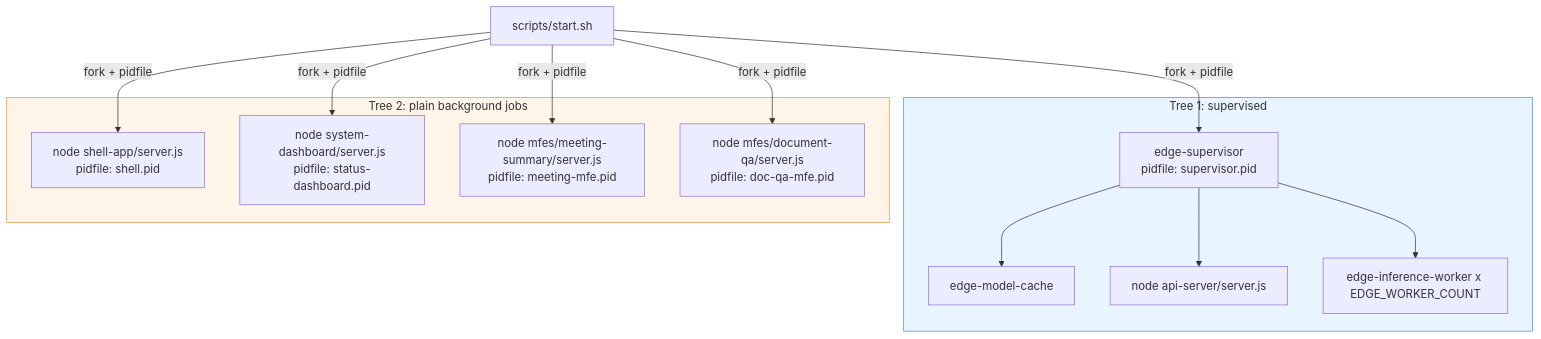
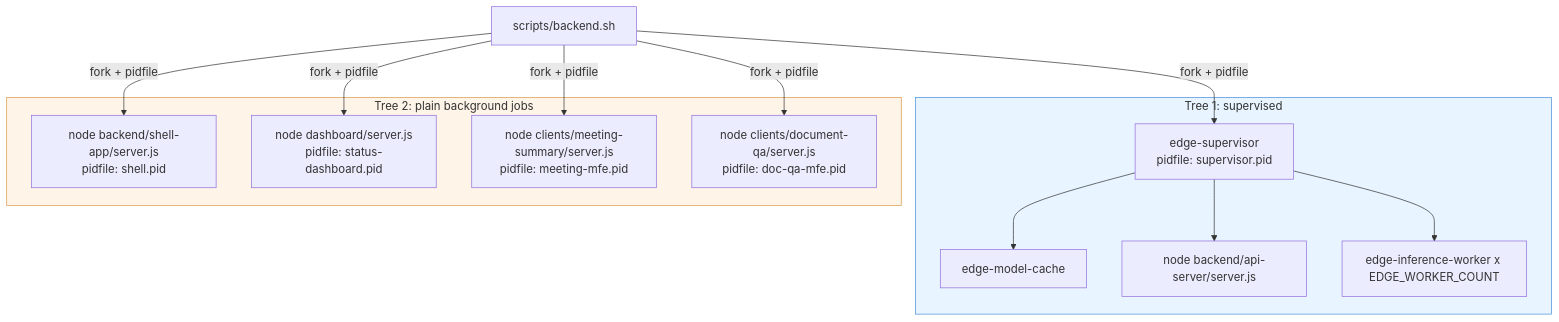
The second of 27 diagrams in docs/serveInfer_DOCUMENTATION.md (prawesh-12/serveInfer), drawn with Mermaid before and after one commit. The commit also changed other lines of this file and 1427 other files, not shown here.

First line of the commit message:
refactor: split backend, clients and dashboard into separate tiers

````diff
--- a/docs/serveInfer_DOCUMENTATION.md
+++ b/docs/serveInfer_DOCUMENTATION.md
@@ -120,30 +120,30 @@
 ```mermaid
 flowchart TB
-    START["scripts/start.sh"]
+    START["scripts/backend.sh"]
 
     subgraph tree1["Tree 1: supervised"]
         SUP["edge-supervisor<br/>pidfile: supervisor.pid"]
         MC["edge-model-cache"]
-        API["node api-server/server.js"]
+        API["node backend/api-server/server.js"]
         W["edge-inference-worker x EDGE_WORKER_COUNT"]
         SUP --> MC
         SUP --> API
         SUP --> W
     end
 
     subgraph tree2["Tree 2: plain background jobs"]
-        SH["node shell-app/server.js<br/>pidfile: shell.pid"]
-        DB["node system-dashboard/server.js<br/>pidfile: status-dashboard.pid"]
-        M1["node mfes/meeting-summary/server.js<br/>pidfile: meeting-mfe.pid"]
-        M2["node mfes/document-qa/server.js<br/>pidfile: doc-qa-mfe.pid"]
+        SH["node backend/shell-app/server.js<br/>pidfile: shell.pid"]
+        DB["node dashboard/server.js<br/>pidfile: status-dashboard.pid"]
+        M1["node clients/meeting-summary/server.js<br/>pidfile: meeting-mfe.pid"]
+        M2["node clients/document-qa/server.js<br/>pidfile: doc-qa-mfe.pid"]
     end
 
     START -- "fork + pidfile" --> SUP
     START -- "fork + pidfile" --> SH
     START -- "fork + pidfile" --> DB
     START -- "fork + pidfile" --> M1
     START -- "fork + pidfile" --> M2
 
     style tree1 fill:#e8f4ff,stroke:#4a90d9
     style tree2 fill:#fff4e8,stroke:#d99b4a
 ```
````
